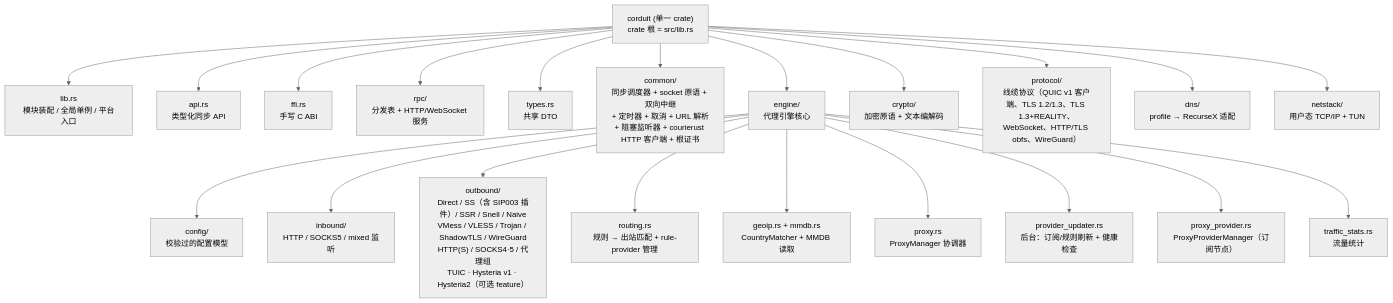
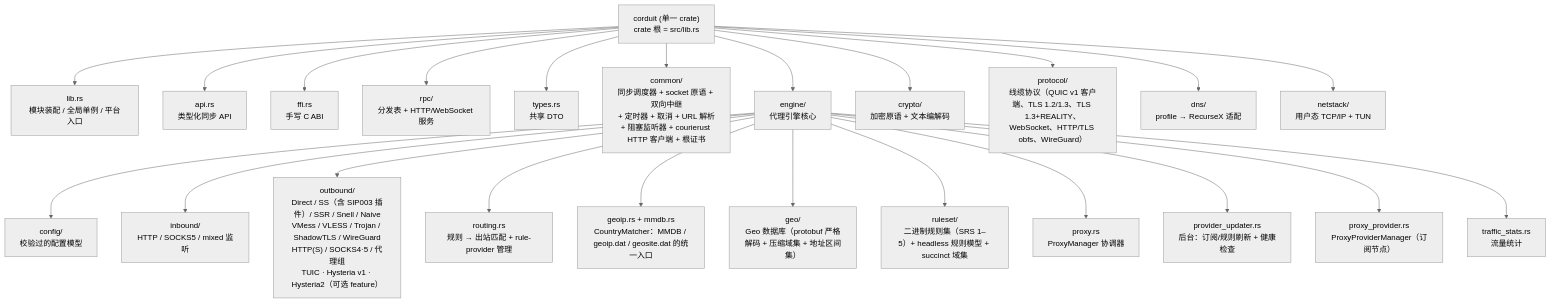
Before and after one commit to blueokanna/Corduit: the first of 7 diagrams in wiki/Architecture.md, drawn with Mermaid (neutral theme). The commit also changed 23 other files, not shown here.

First line of the commit message:
Update architecture and rules documentation for clarity and detail

````diff
--- a/wiki/Architecture.md
+++ b/wiki/Architecture.md
@@ -7,26 +7,28 @@
 ```mermaid
 flowchart TB
     ROOT["corduit (单一 crate)<br/>crate 根 = src/lib.rs"]
 
     ROOT --> LIB["lib.rs<br/>模块装配 / 全局单例 / 平台入口"]
     ROOT --> API["api.rs<br/>类型化同步 API"]
     ROOT --> FFI["ffi.rs<br/>手写 C ABI"]
     ROOT --> RPC["rpc/<br/>分发表 + HTTP/WebSocket 服务"]
     ROOT --> TYPES["types.rs<br/>共享 DTO"]
     ROOT --> COMMON["common/<br/>同步调度器 + socket 原语 + 双向中继<br/>+ 定时器 + 取消 + URL 解析<br/>+ 阻塞监听器 + courierust HTTP 客户端 + 根证书"]
     ROOT --> ENGINE["engine/<br/>代理引擎核心"]
     ROOT --> CRYPTO["crypto/<br/>加密原语 + 文本编解码"]
     ROOT --> PROTOCOL["protocol/<br/>线缆协议（QUIC v1 客户端、TLS 1.2/1.3、TLS 1.3+REALITY、WebSocket、HTTP/TLS obfs、WireGuard）"]
     ROOT --> DNS["dns/<br/>profile → RecurseX 适配"]
     ROOT --> NETSTACK["netstack/<br/>用户态 TCP/IP + TUN"]
 
     ENGINE --> EC["config/<br/>校验过的配置模型"]
     ENGINE --> EI["inbound/<br/>HTTP / SOCKS5 / mixed 监听"]
     ENGINE --> EO["outbound/<br/>Direct / SS（含 SIP003 插件）/ SSR / Snell / Naive<br/>VMess / VLESS / Trojan / ShadowTLS / WireGuard<br/>HTTP(S) / SOCKS4·5 / 代理组<br/>TUIC · Hysteria v1 · Hysteria2（可选 feature）"]
     ENGINE --> ER["routing.rs<br/>规则 → 出站匹配 + rule-provider 管理"]
-    ENGINE --> EG["geoip.rs + mmdb.rs<br/>CountryMatcher + MMDB 读取"]
+    ENGINE --> EG["geoip.rs + mmdb.rs<br/>CountryMatcher：MMDB / geoip.dat / geosite.dat 的统一入口"]
+    ENGINE --> EGR["geo/<br/>Geo 数据库（protobuf 严格解码 + 压缩域集 + 地址区间集）"]
+    ENGINE --> ERS["ruleset/<br/>二进制规则集（SRS 1–5）+ headless 规则模型 + succinct 域集"]
     ENGINE --> EP["proxy.rs<br/>ProxyManager 协调器"]
     ENGINE --> EU["provider_updater.rs<br/>后台：订阅/规则刷新 + 健康检查"]
     ENGINE --> EPP["proxy_provider.rs<br/>ProxyProviderManager（订阅节点）"]
     ENGINE --> ET["traffic_stats.rs<br/>流量统计"]
 ```
````
